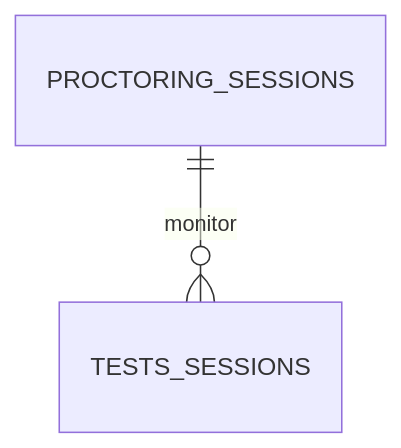
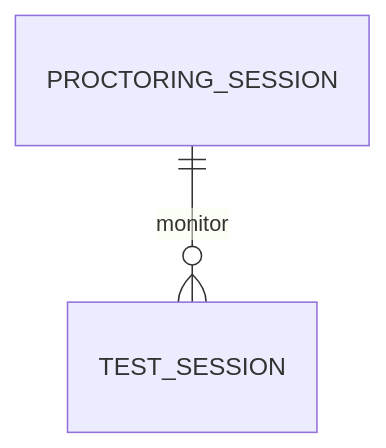
Before and after one commit to mrxsierra/ems-db: the seventh of 8 diagrams in README.md, drawn with Mermaid. The commit also changed other lines of this file and 11 other files, not shown here.

````diff
--- a/README.md
+++ b/README.md
@@ -77,4 +92,4 @@
 ```mermaid
 erDiagram
-    PROCTORING_SESSIONS ||--o{ TESTS_SESSIONS : "monitor"
+    PROCTORING_SESSION ||--o{ TEST_SESSION : "monitor"
 ```
````
